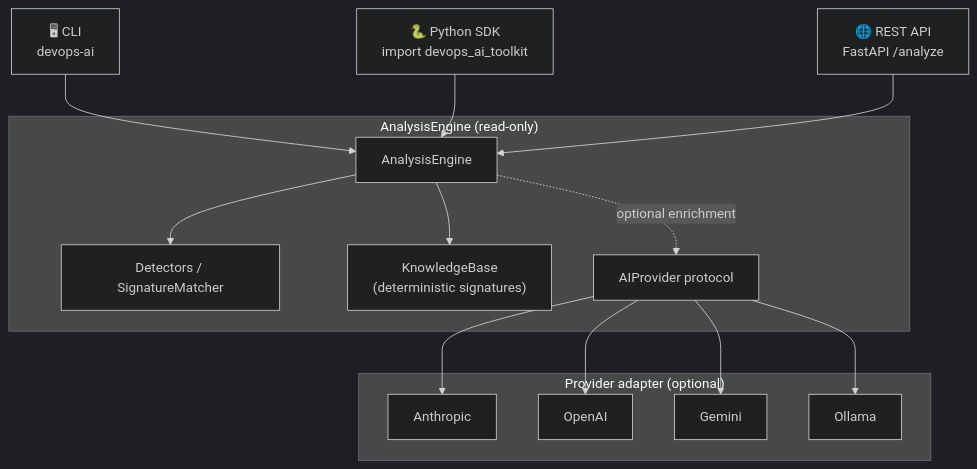
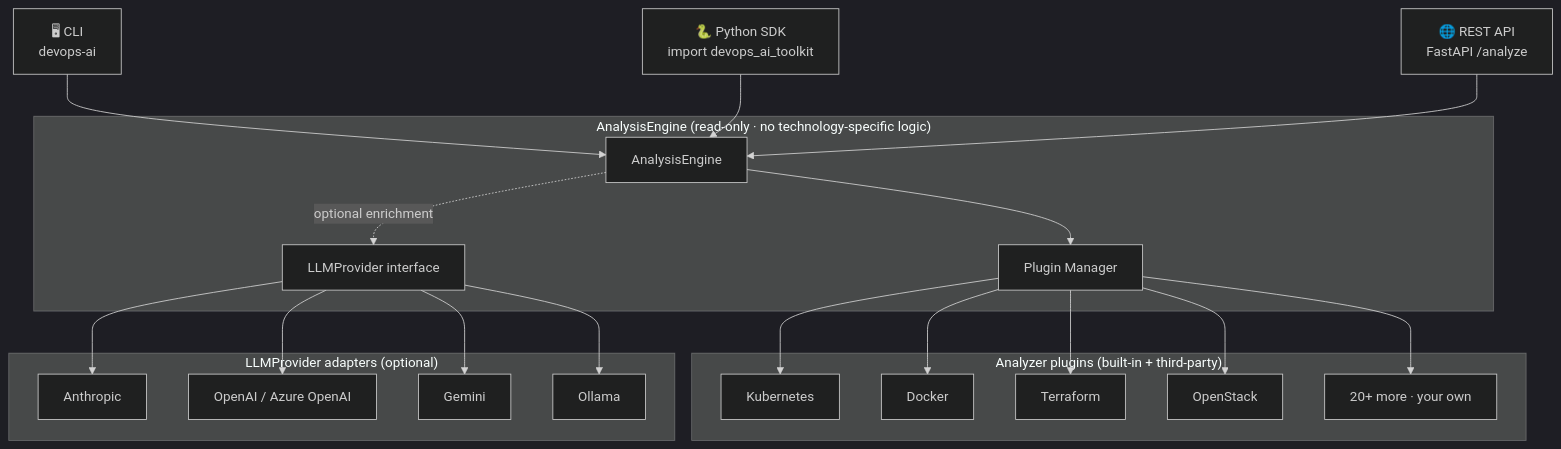
One commit to devopsaitoolkit/devops-ai-toolkit changed the diagram in README.md. Above: the diagram before and after it, drawn with Mermaid (dark theme). The commit also changed other lines of this file and 68 other files, not shown here.

````diff
--- a/README.md
+++ b/README.md
@@ -164,25 +164,32 @@
 ```mermaid
 flowchart TD
     CLI["🖥 CLI<br/>devops-ai"]
     SDK["🐍 Python SDK<br/>import devops_ai_toolkit"]
     API["🌐 REST API<br/>FastAPI /analyze"]
 
     CLI --> ENGINE
     SDK --> ENGINE
     API --> ENGINE
 
-    subgraph CORE["AnalysisEngine (read-only)"]
+    subgraph CORE["AnalysisEngine (read-only · no technology-specific logic)"]
         ENGINE["AnalysisEngine"]
-        ENGINE --> DET["Detectors / SignatureMatcher"]
-        ENGINE --> KB["KnowledgeBase<br/>(deterministic signatures)"]
+        ENGINE --> PM["Plugin Manager"]
         ENGINE -.optional enrichment.-> PROV
     end
 
-    subgraph PROVIDERS["Provider adapter (optional)"]
-        PROV["AIProvider protocol"]
+    subgraph PLUGINS["Analyzer plugins (built-in + third-party)"]
+        PM --> KPLUG["Kubernetes"]
+        PM --> DPLUG["Docker"]
+        PM --> TPLUG["Terraform"]
+        PM --> OPLUG["OpenStack"]
+        PM --> MORE["20+ more · your own"]
+    end
+
+    subgraph PROVIDERS["LLMProvider adapters (optional)"]
+        PROV["LLMProvider interface"]
         PROV --> ANT["Anthropic"]
-        PROV --> OAI["OpenAI"]
+        PROV --> OAI["OpenAI / Azure OpenAI"]
         PROV --> GEM["Gemini"]
         PROV --> OLL["Ollama"]
     end
 ```
````
